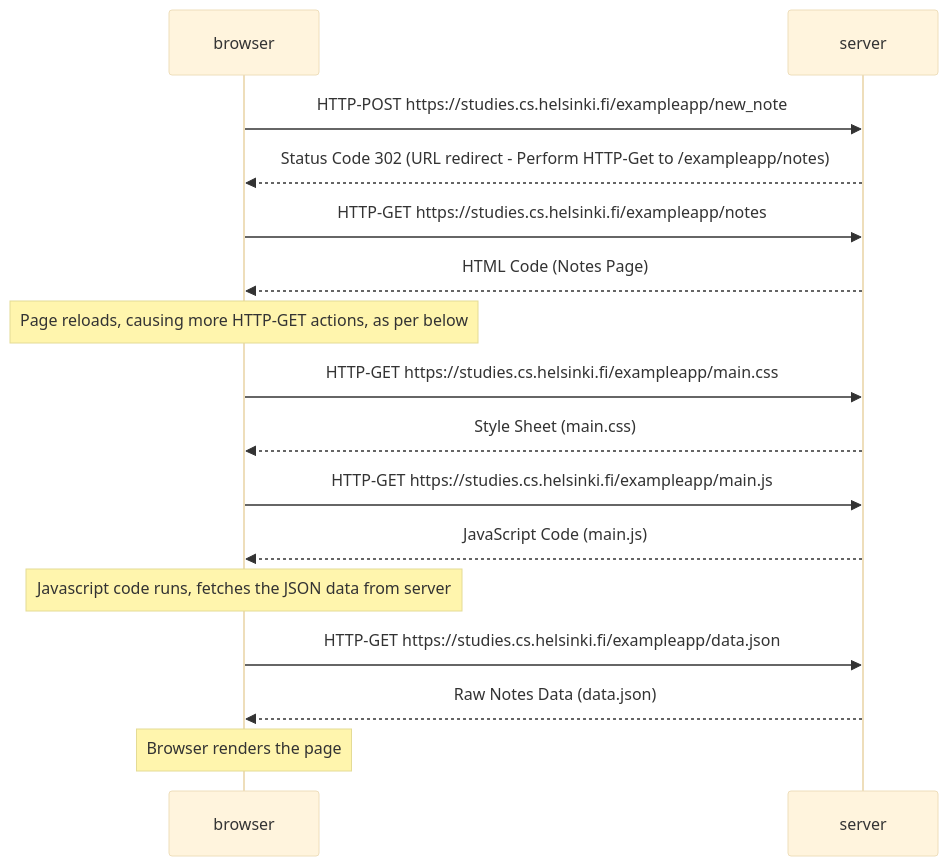
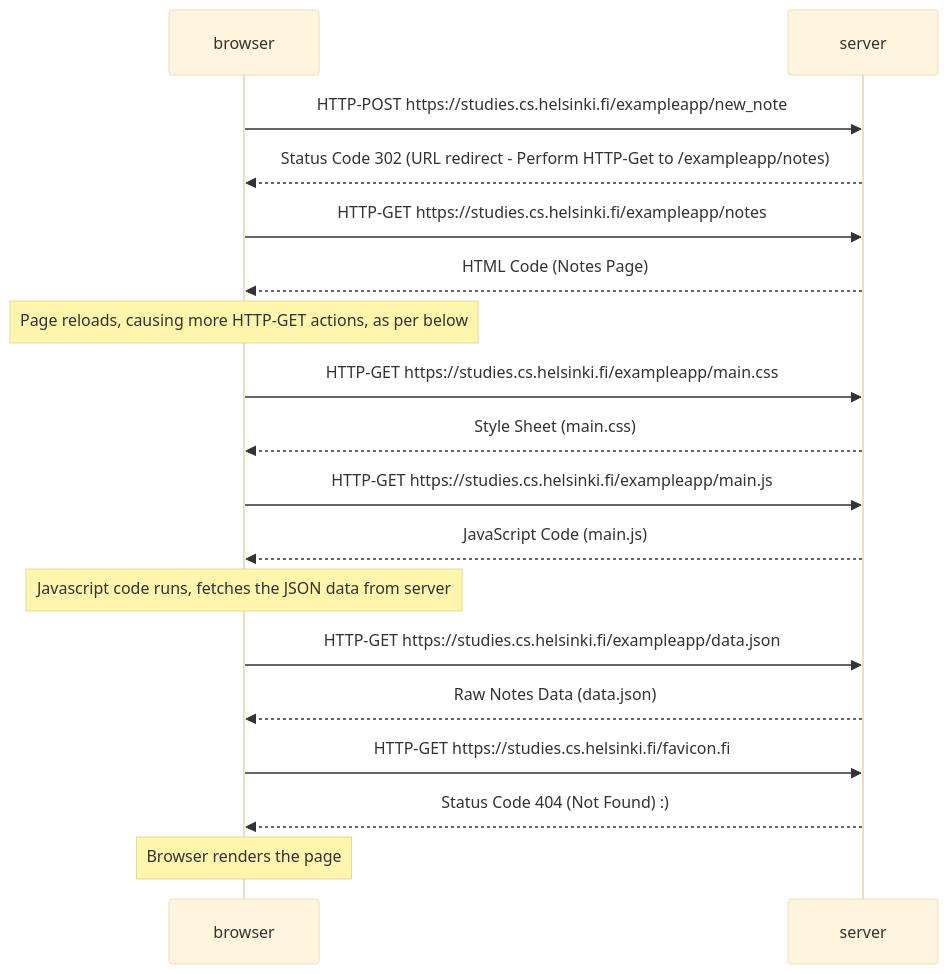
One commit to bjopa/FullStackOpenReact changed the diagram in part0/04.md. Above: the diagram before and after it, drawn with Mermaid (base theme).

Commit message:
Update 04.md
Favicon added

````diff
--- a/part0/04.md
+++ b/part0/04.md
@@ -1,27 +1,30 @@
 ```mermaid
 sequenceDiagram
     participant B as browser
     participant S as server
 
     B->>S: HTTP-POST https://studies.cs.helsinki.fi/exampleapp/new_note
     S-->>B: Status Code 302 (URL redirect - Perform HTTP-Get to /exampleapp/notes)
 
     B->>S: HTTP-GET https://studies.cs.helsinki.fi/exampleapp/notes
     S-->>B: HTML Code (Notes Page)
 
     Note over B: Page reloads, causing more HTTP-GET actions, as per below
 
     B->>S: HTTP-GET https://studies.cs.helsinki.fi/exampleapp/main.css
     S-->>B: Style Sheet (main.css)
 
     B->>S: HTTP-GET https://studies.cs.helsinki.fi/exampleapp/main.js
     S-->>B: JavaScript Code (main.js)
 
     Note over B: Javascript code runs, fetches the JSON data from server
 
     B->>S: HTTP-GET https://studies.cs.helsinki.fi/exampleapp/data.json
     S-->>B: Raw Notes Data (data.json)
 
+    B->>S: HTTP-GET https://studies.cs.helsinki.fi/favicon.fi
+    S-->>B: Status Code 404 (Not Found) :)
+
     Note over B: Browser renders the page
 
 ```
````
